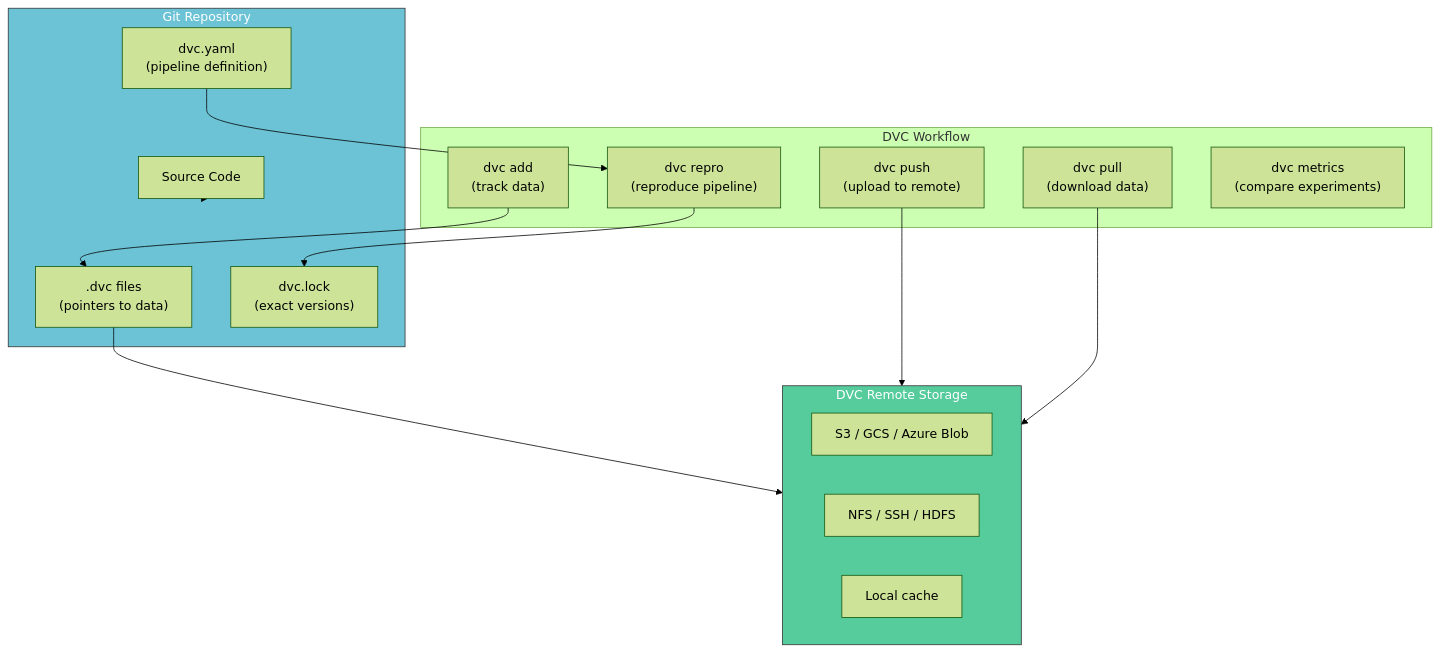
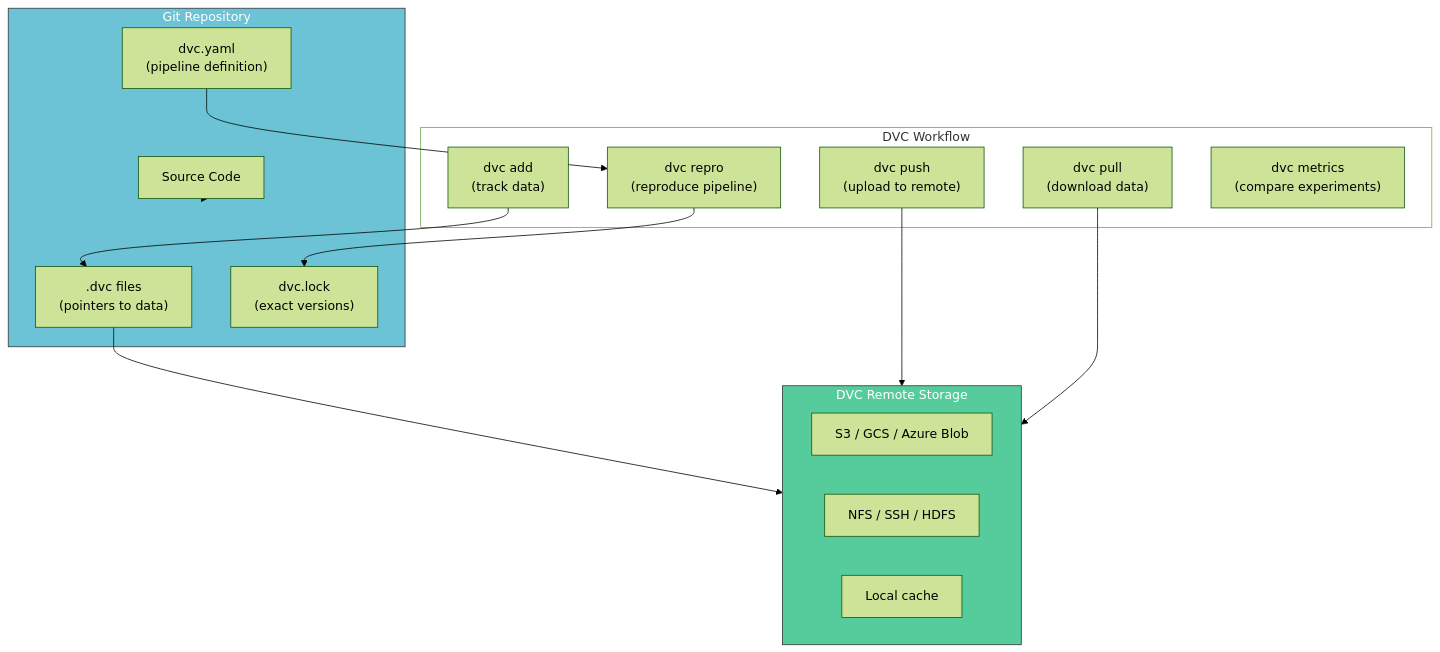
The third of 10 diagrams in posts/aiops-interview/MLOps-Interview-QA-5.qmd (tanquangduong/tanquangduong.github.io), drawn with Mermaid (forest theme) before and after one commit. The commit also changed other lines of this file and 204 other files, not shown here.

````diff
--- a/posts/aiops-interview/MLOps-Interview-QA-5.qmd
+++ b/posts/aiops-interview/MLOps-Interview-QA-5.qmd
@@ -302,34 +306,36 @@
 ```{mermaid}
 graph TD
+    linkStyle default stroke:#000,color:#000
     subgraph Git["Git Repository"]
         CODE["Source Code"]
         DVC_FILES[".dvc files<br/>(pointers to data)"]
         DVC_YAML["dvc.yaml<br/>(pipeline definition)"]
         DVC_LOCK["dvc.lock<br/>(exact versions)"]
     end
 
     subgraph Remote["DVC Remote Storage"]
         S3_R["S3 / GCS / Azure Blob"]
         NFS_R["NFS / SSH / HDFS"]
         LOCAL_R["Local cache"]
     end
 
     subgraph Workflow["DVC Workflow"]
         ADD["dvc add<br/>(track data)"]
         PUSH["dvc push<br/>(upload to remote)"]
         PULL["dvc pull<br/>(download data)"]
         REPRO["dvc repro<br/>(reproduce pipeline)"]
         METRICS["dvc metrics<br/>(compare experiments)"]
     end
 
     DVC_FILES --> Remote
     CODE --> Git
     ADD --> DVC_FILES
     PUSH --> Remote
     PULL --> Remote
     DVC_YAML --> REPRO
     REPRO --> DVC_LOCK
 
     style Git fill:#6cc3d5,stroke:#333,color:#fff
     style Remote fill:#56cc9d,stroke:#333,color:#fff
+    style Workflow fill:#fff
 ```
````
